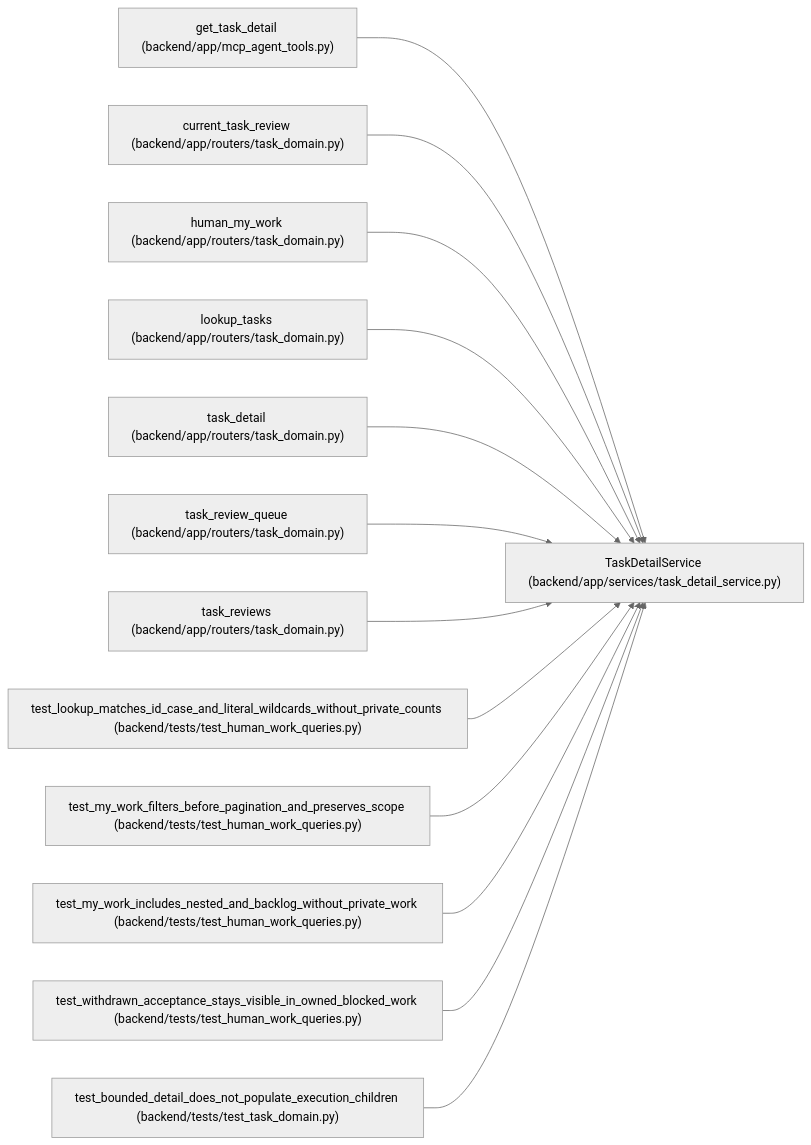
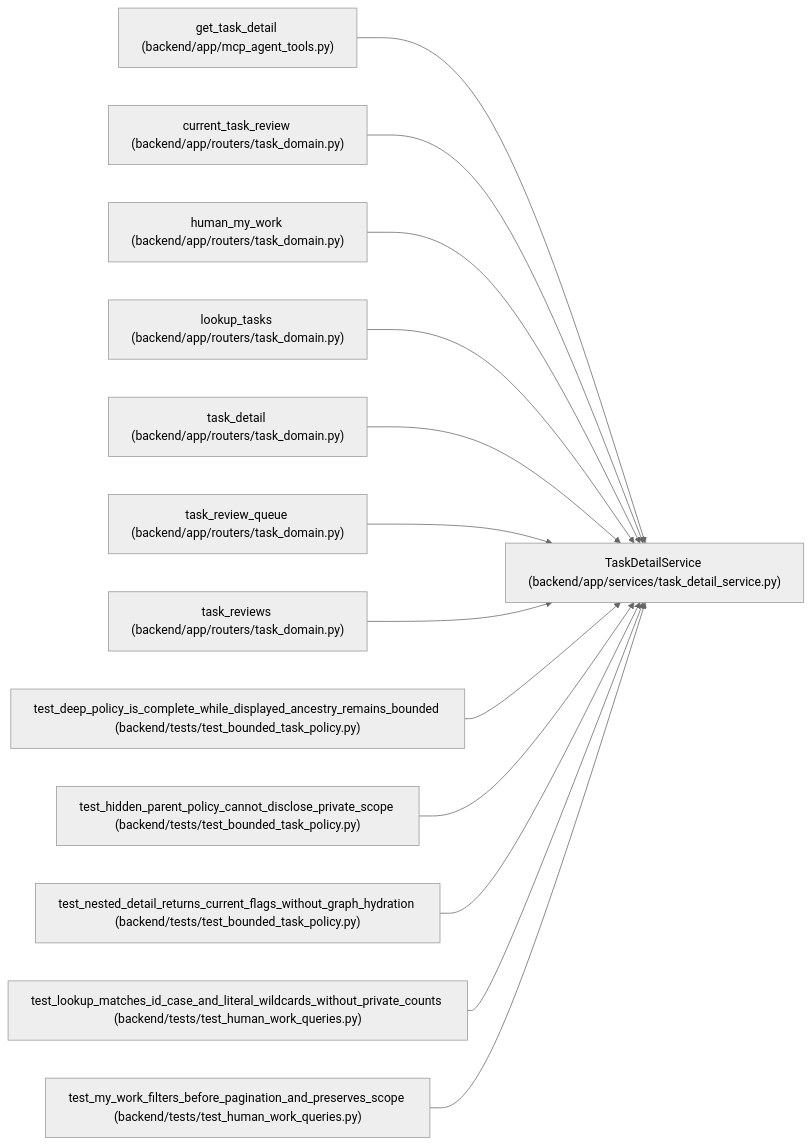
Before and after one commit to Denissvgn/WorkChord: the diagram in docs/llm_wiki/entities/TaskDetailService.md, drawn with Mermaid (neutral theme). The commit also changed other lines of this file and 10148 other files, not shown here.

````diff
--- a/docs/llm_wiki/entities/TaskDetailService.md
+++ b/docs/llm_wiki/entities/TaskDetailService.md
@@ -30,41 +31,41 @@
 ```mermaid
 flowchart LR
     n0["TaskDetailService (backend/app/services/task_detail_service.py)"]
     n1["get_task_detail (backend/app/mcp_agent_tools.py)"]
     n2["current_task_review (backend/app/routers/task_domain.py)"]
     n3["human_my_work (backend/app/routers/task_domain.py)"]
     n4["lookup_tasks (backend/app/routers/task_domain.py)"]
     n5["task_detail (backend/app/routers/task_domain.py)"]
     n6["task_review_queue (backend/app/routers/task_domain.py)"]
     n7["task_reviews (backend/app/routers/task_domain.py)"]
-    n8["test_lookup_matches_id_case_and_literal_wildcards_without_private_counts (backend/tests/test_human_work_queries.py)"]
-    n9["test_my_work_filters_before_pagination_and_preserves_scope (backend/tests/test_human_work_queries.py)"]
-    n10["test_my_work_includes_nested_and_backlog_without_private_work (backend/tests/test_human_work_queries.py)"]
-    n11["test_withdrawn_acceptance_stays_visible_in_owned_blocked_work (backend/tests/test_human_work_queries.py)"]
-    n12["test_bounded_detail_does_not_populate_execution_children (backend/tests/test_task_domain.py)"]
+    n8["test_deep_policy_is_complete_while_displayed_ancestry_remains_bounded (backend/tests/test_bounded_task_policy.py)"]
+    n9["test_hidden_parent_policy_cannot_disclose_private_scope (backend/tests/test_bounded_task_policy.py)"]
+    n10["test_nested_detail_returns_current_flags_without_graph_hydration (backend/tests/test_bounded_task_policy.py)"]
+    n11["test_lookup_matches_id_case_and_literal_wildcards_without_private_counts (backend/tests/test_human_work_queries.py)"]
+    n12["test_my_work_filters_before_pagination_and_preserves_scope (backend/tests/test_human_work_queries.py)"]
     n1 --> n0
     n2 --> n0
     n3 --> n0
     n4 --> n0
     n5 --> n0
     n6 --> n0
     n7 --> n0
     n8 --> n0
     n9 --> n0
     n10 --> n0
     n11 --> n0
     n12 --> n0
     click n0 "../modules/task_detail_service.md"
     click n1 "../modules/mcp_agent_tools.md"
     click n2 "../modules/routers_task_domain.md"
     click n3 "../modules/routers_task_domain.md"
     click n4 "../modules/routers_task_domain.md"
     click n5 "../modules/routers_task_domain.md"
     click n6 "../modules/routers_task_domain.md"
     click n7 "../modules/routers_task_domain.md"
-    click n8 "../modules/test_human_work_queries.md"
-    click n9 "../modules/test_human_work_queries.md"
-    click n10 "../modules/test_human_work_queries.md"
+    click n8 "../modules/test_bounded_task_policy.md"
+    click n9 "../modules/test_bounded_task_policy.md"
+    click n10 "../modules/test_bounded_task_policy.md"
     click n11 "../modules/test_human_work_queries.md"
-    click n12 "../modules/test_task_domain.md"
+    click n12 "../modules/test_human_work_queries.md"
 ```
````
